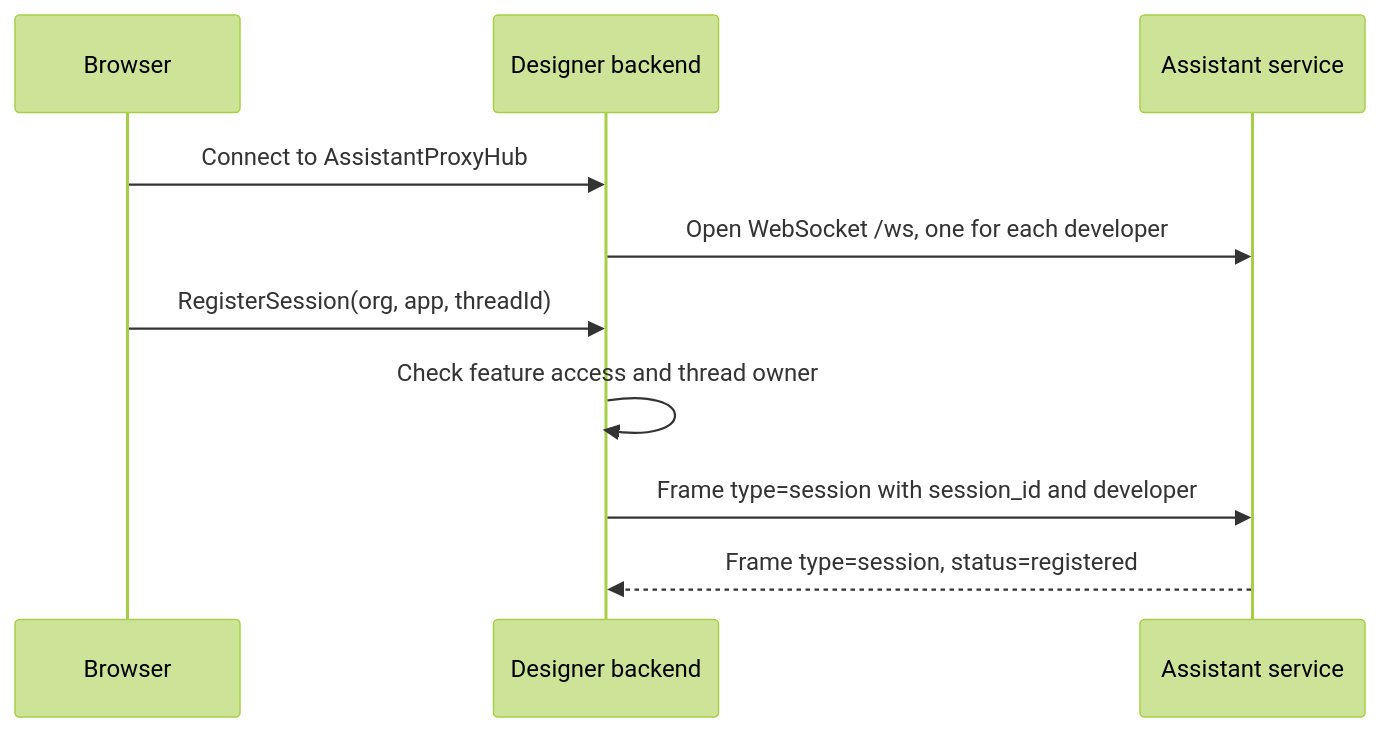
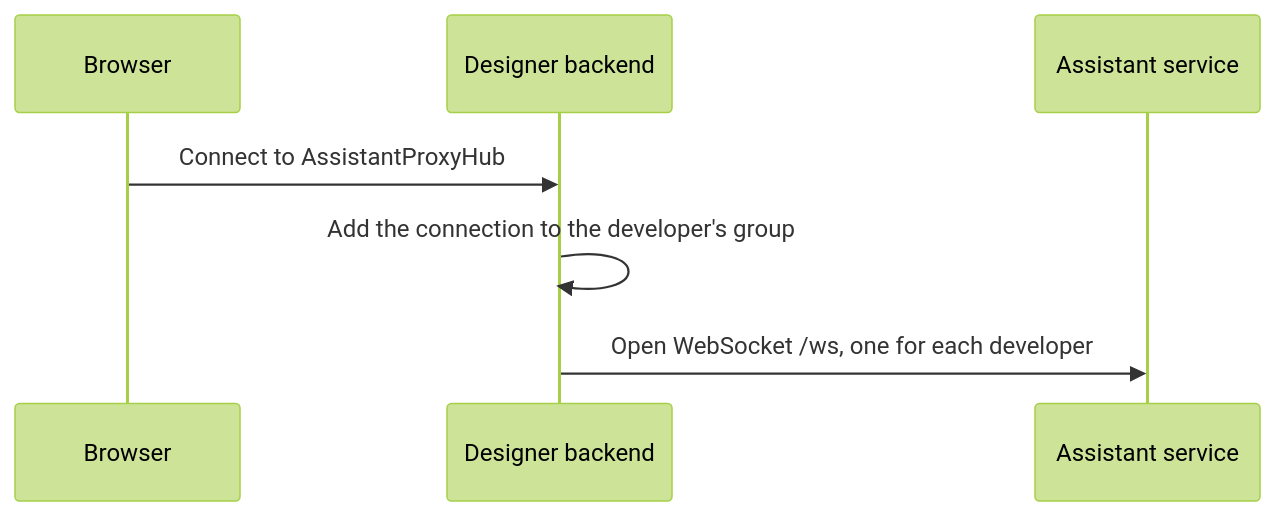
One commit to Altinn/altinn-studio changed the third of 10 diagrams in src/AI/assistant/docs/2-system-context.md. Above: the diagram before and after it, drawn with Mermaid (forest theme). The commit also changed other lines of this file and 37 other files, not shown here.

````diff
--- a/src/AI/assistant/docs/2-system-context.md
+++ b/src/AI/assistant/docs/2-system-context.md
@@ -39,12 +42,9 @@
 ```mermaid
 sequenceDiagram
   participant B as Browser
   participant D as Designer backend
   participant A as Assistant service
   B->>D: Connect to AssistantProxyHub
+  D->>D: Add the connection to the developer's group
   D->>A: Open WebSocket /ws, one for each developer
-  B->>D: RegisterSession(org, app, threadId)
-  D->>D: Check feature access and thread owner
-  D->>A: Frame type=session with session_id and developer
-  A-->>D: Frame type=session, status=registered
 ```
````
